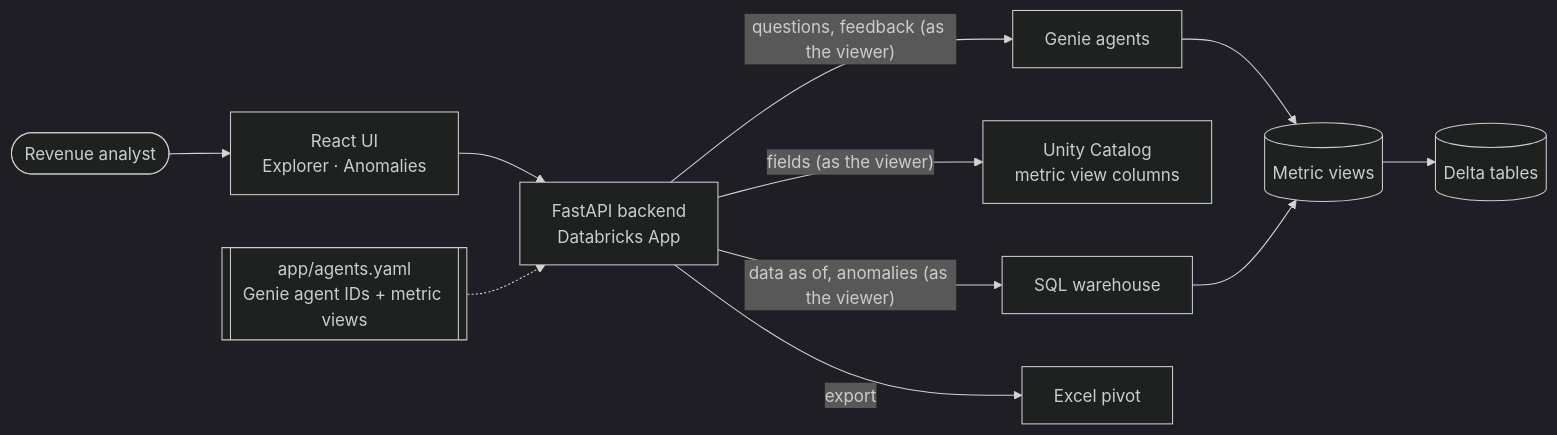
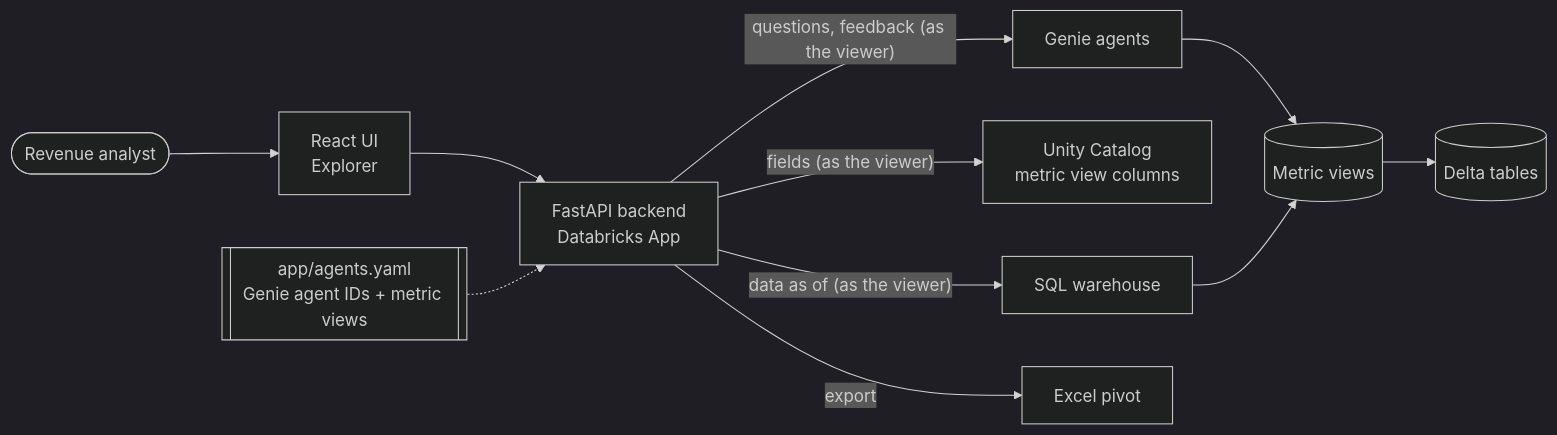
Before and after one commit to jonathan-whiteley/wyndham-revsight: the diagram in README.md, drawn with Mermaid (dark theme). The commit also changed other lines of this file and 20 other files, not shown here.

````diff
--- a/README.md
+++ b/README.md
@@ -38,13 +37,13 @@
 ```mermaid
 flowchart LR
-    U([Revenue analyst]) --> UI[React UI<br/>Explorer · Anomalies]
+    U([Revenue analyst]) --> UI[React UI<br/>Explorer]
     UI --> API[FastAPI backend<br/>Databricks App]
     CFG[[app/agents.yaml<br/>Genie agent IDs + metric views]] -.-> API
     API -- "questions, feedback (as the viewer)" --> G[Genie agents]
     API -- "fields (as the viewer)" --> UC[Unity Catalog<br/>metric view columns]
-    API -- "data as of, anomalies (as the viewer)" --> WH[SQL warehouse]
+    API -- "data as of (as the viewer)" --> WH[SQL warehouse]
     G --> MV[(Metric views)]
     WH --> MV
     MV --> T[(Delta tables)]
     API -- export --> X[Excel pivot]
 ```
````
